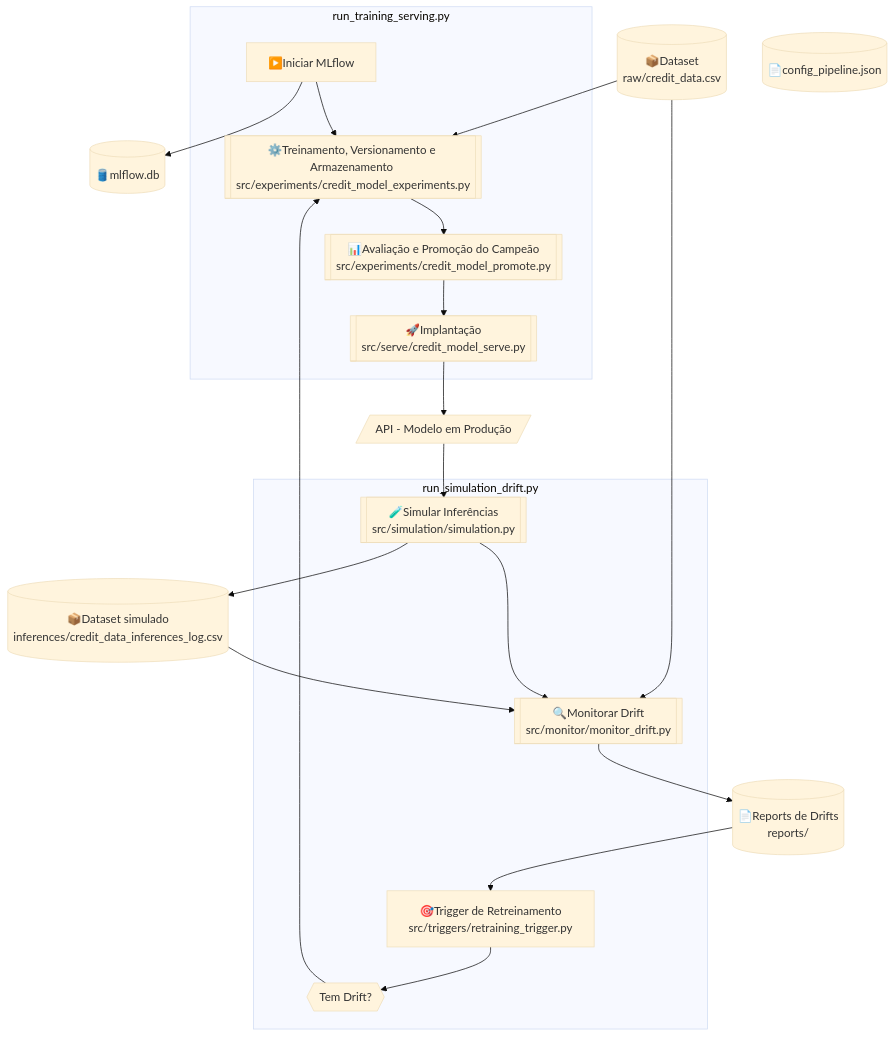
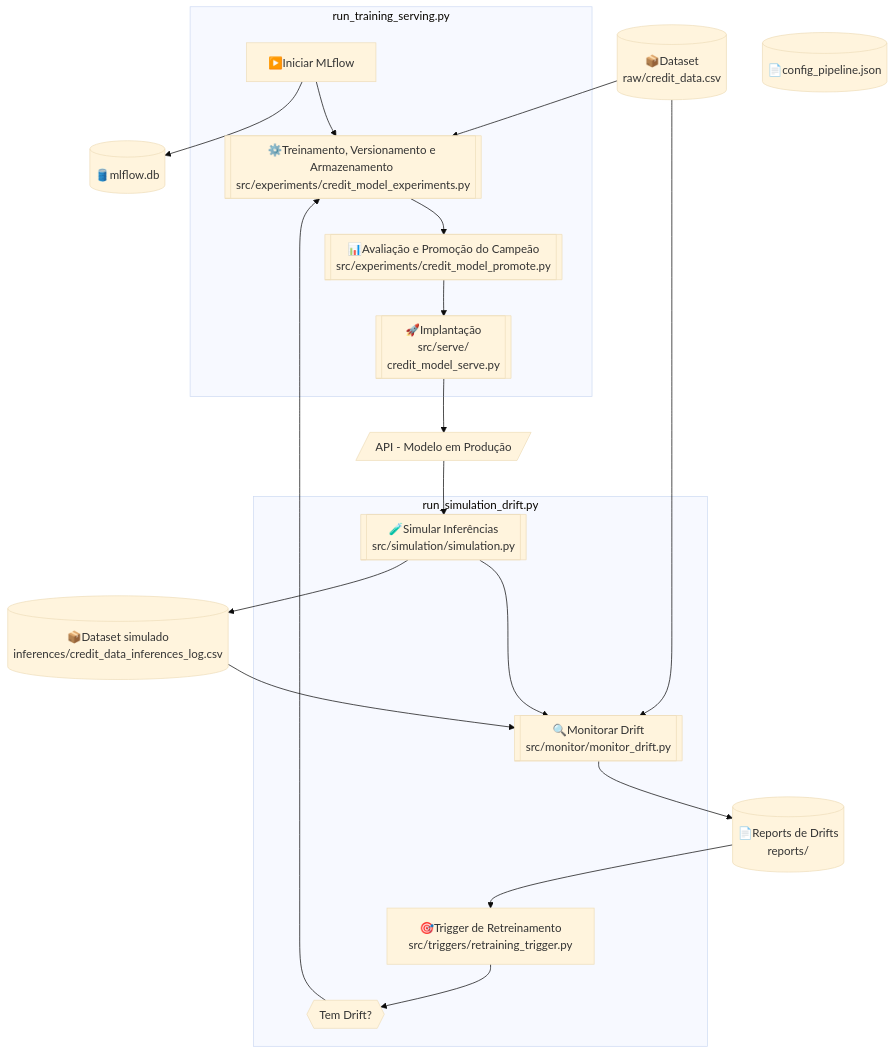
One commit to lamgarcia/ufrgs-ecd15 changed the diagram in README.md. Above: the diagram before and after it, drawn with Mermaid (base theme).

````diff
--- a/README.md
+++ b/README.md
@@ -149,40 +149,40 @@
 ```mermaid
 flowchart TD
 
     subgraph Train [run_training_serving.py]
         A1[▶️Iniciar MLflow]
         A2[[⚙️Treinamento, Versionamento e Armazenamento <br>src/experiments/credit_model_experiments.py]]
         A3[[📊Avaliação e Promoção do Campeão<br>src/experiments/credit_model_promote.py]]
-        A4[[🚀Implantação<br>src/serve/credit_model_serve.py]]
+        A4[[🚀Implantação<br>src/serve/<br>credit_model_serve.py]]
         A1 --> A2 --> A3 --> A4 
     end
     
 
     subgraph Drift [run_simulation_drift.py]
         B1[[🧪Simular Inferências<br>src/simulation/simulation.py]]
         B2[[🔍Monitorar Drift<br>src/monitor/monitor_drift.py]]
         B3[🎯Trigger de Retreinamento<br>src/triggers/retraining_trigger.py]
         C1{{Tem Drift?}}
         B1 --> B2 
         B3 --> C1 --> A2
         
     end
 
     S1[/API - Modelo em Produção/]
     D1[(📦Dataset<br> raw/credit_data.csv)] 
     D2[(📦Dataset simulado<br>inferences/credit_data_inferences_log.csv)]
     D3[(📄Reports de Drifts<br> reports/)]
     D4[(🛢️mlflow.db)]
     D5[(📄config_pipeline.json)]
 
 	A1 --> D4
 	A4 --> S1
 	S1 --> B1
     D1 --> A2
     B1 --> D2
     D1 --> B2
     D2 --> B2
     B2 --> D3
     D3 --> B3
 
 ```
````
